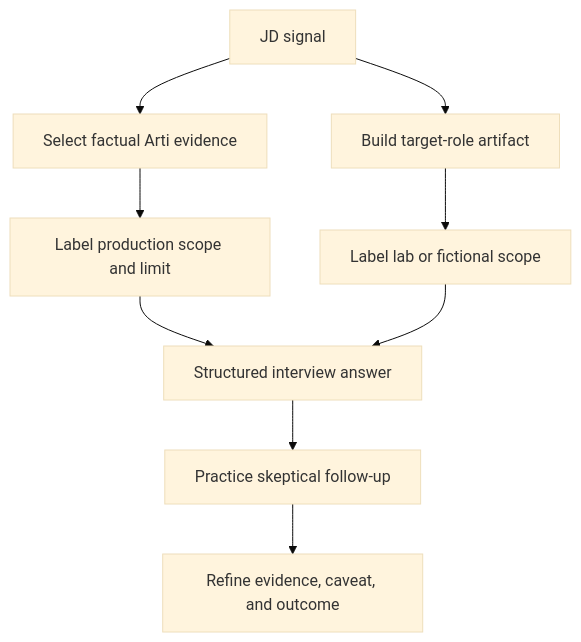
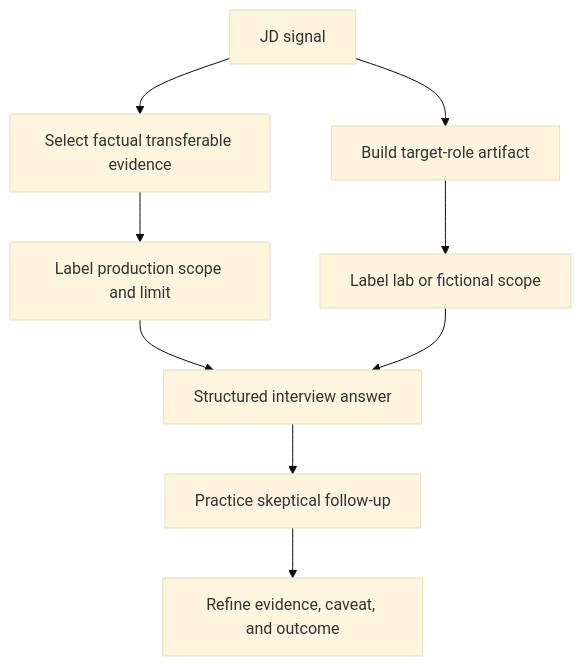
Before and after one commit to hichauhan-in/Interview-Prep: diagram 17 of 17 in ZScaler Customer Success/prep/Part-01-role-map-jd-secops-tsm-story.md, drawn with Mermaid (base theme). The commit also changed other lines of this file and 493 other files, not shown here.

````diff
--- a/ZScaler Customer Success/prep/Part-01-role-map-jd-secops-tsm-story.md
+++ b/ZScaler Customer Success/prep/Part-01-role-map-jd-secops-tsm-story.md
@@ -1150,11 +1150,11 @@
 ```mermaid
 flowchart TD
-    JD[JD signal] --> FACT[Select factual Arti evidence]
+    JD[JD signal] --> FACT[Select factual transferable evidence]
     JD --> ARTIFACT[Build target-role artifact]
     FACT --> LABEL[Label production scope and limit]
     ARTIFACT --> LABEL2[Label lab or fictional scope]
     LABEL --> STORY[Structured interview answer]
     LABEL2 --> STORY
     STORY --> CHALLENGE[Practice skeptical follow-up]
     CHALLENGE --> REFINE[Refine evidence, caveat, and outcome]
 ```
````
